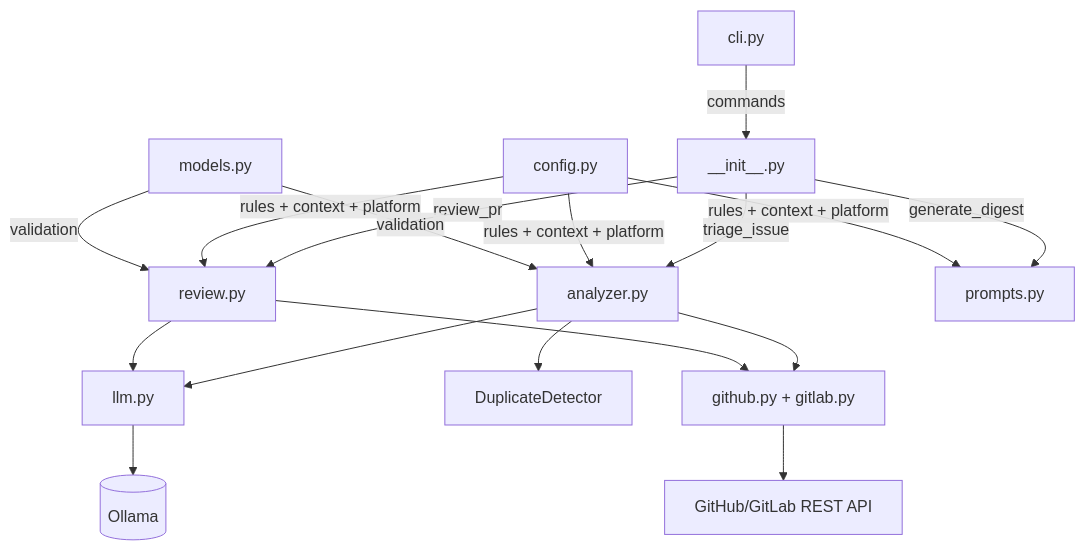
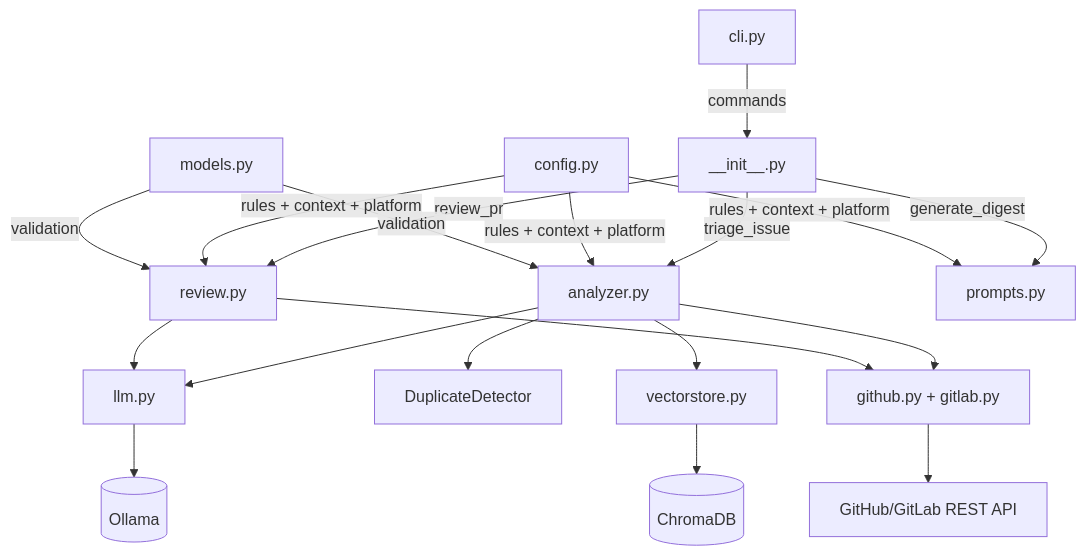
One commit to ajendras/mantis changed the diagram in README.md. Above: the diagram before and after it, drawn with Mermaid. The commit also changed other lines of this file and 6 other files, not shown here.

Commit message:
feat(vectorstore): persist learned project conventions in a local vector store

````diff
--- a/README.md
+++ b/README.md
@@ -192,19 +209,21 @@
 ```mermaid
 flowchart TD
     CLI[cli.py] -->|commands| API[__init__.py]
     API -->|triage_issue| Analyzer[analyzer.py]
     API -->|review_pr| Reviewer[review.py]
     API -->|generate_digest| Prompts[prompts.py]
     Analyzer --> LLM[llm.py]
     Reviewer --> LLM
     Analyzer --> Duplicate[DuplicateDetector]
+    Analyzer --> Vector[vectorstore.py]
     Analyzer --> Client[github.py + gitlab.py]
     Reviewer --> Client
     LLM --> Ollama[(Ollama)]
+    Vector --> Chroma[(ChromaDB)]
     Client --> GitHubAPI[GitHub/GitLab REST API]
     Config[config.py] -->|rules + context + platform| Analyzer
     Config -->|rules + context + platform| Reviewer
     Config -->|rules + context + platform| Prompts
     Models[models.py] -->|validation| Analyzer
     Models -->|validation| Reviewer
 ```
````
